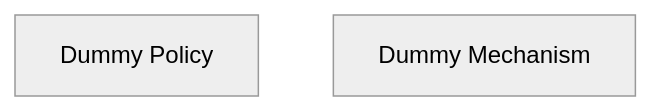
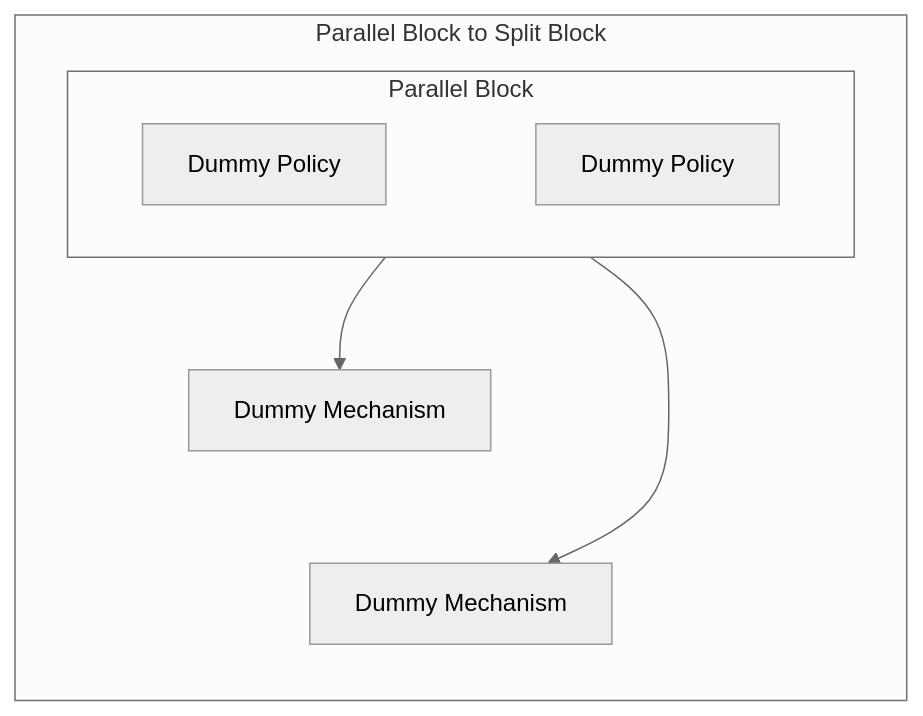
The fourth of 4 diagrams in dev/Test.md (BlockScience/MSML), drawn with Mermaid (neutral theme) before and after one commit. The commit also changed 2 other files, not shown here.

Commit message:
Finish split block

````diff
--- a/dev/Test.md
+++ b/dev/Test.md
@@ -28,5 +28,17 @@
 ```mermaid
 graph TB
+subgraph X6[Parallel Block to Split Block]
+direction TB
+subgraph X3[Parallel Block]
+direction LR
 X1[Dummy Policy]
-X2[Dummy Mechanism]
+X2[Dummy Policy]
+X1 ~~~ X2
+end
+X4[Dummy Mechanism]
+X5[Dummy Mechanism]
+X4 ~~~ X5
+X3-->X4
+X3-->X5
+end
 ```
````
